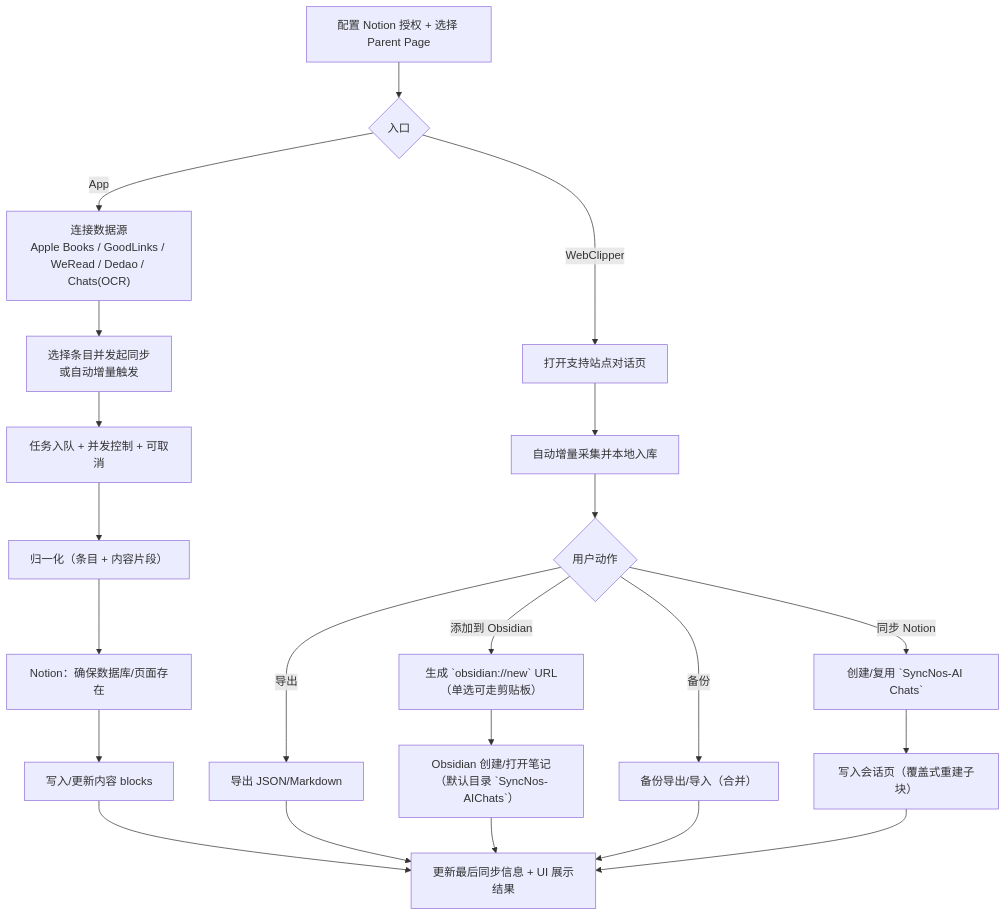
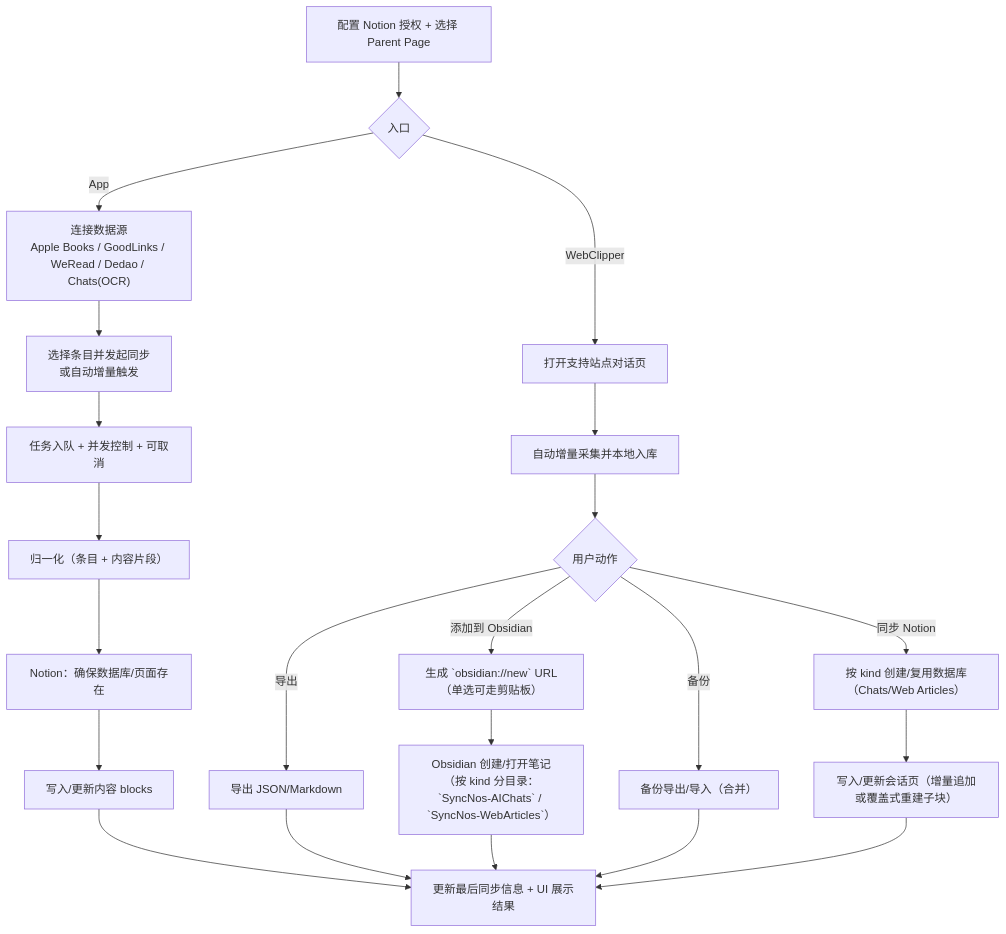
One commit to chiimagnus/SyncNos changed the diagram in .github/docs/business-logic.md. Above: the diagram before and after it, drawn with Mermaid. The commit also changed other lines of this file, not shown here.

Commit message:
docs: update business logic for WebClipper notion db split and obsidian folders

````diff
--- a/.github/docs/business-logic.md
+++ b/.github/docs/business-logic.md
@@ -131,26 +137,26 @@
 ```mermaid
 flowchart TD
     A["配置 Notion 授权 + 选择 Parent Page"] --> B{入口}
 
     B -->|App| C["连接数据源<br/>Apple Books / GoodLinks / WeRead / Dedao / Chats(OCR)"]
     C --> D["选择条目并发起同步<br/>或自动增量触发"]
     D --> E["任务入队 + 并发控制 + 可取消"]
     E --> F["归一化（条目 + 内容片段）"]
     F --> G["Notion：确保数据库/页面存在"]
     G --> H["写入/更新内容 blocks"]
     H --> I["更新最后同步信息 + UI 展示结果"]
 
     B -->|WebClipper| W1["打开支持站点对话页"]
     W1 --> W2["自动增量采集并本地入库"]
     W2 --> W3{用户动作}
     W3 -->|导出| W4["导出 JSON/Markdown"]
     W3 -->|添加到 Obsidian| W8["生成 `obsidian://new` URL（单选可走剪贴板）"]
     W3 -->|备份| W5["备份导出/导入（合并）"]
-    W3 -->|同步 Notion| W6["创建/复用 `SyncNos-AI Chats`"]
-    W8 --> W9["Obsidian 创建/打开笔记（默认目录 `SyncNos-AIChats`）"]
-    W6 --> W7["写入会话页（覆盖式重建子块）"]
+    W3 -->|同步 Notion| W6["按 kind 创建/复用数据库（Chats/Web Articles）"]
+    W8 --> W9["Obsidian 创建/打开笔记（按 kind 分目录：`SyncNos-AIChats` / `SyncNos-WebArticles`）"]
+    W6 --> W7["写入/更新会话页（增量追加或覆盖式重建子块）"]
     W4 --> I
     W9 --> I
     W5 --> I
     W7 --> I
 ```
````
